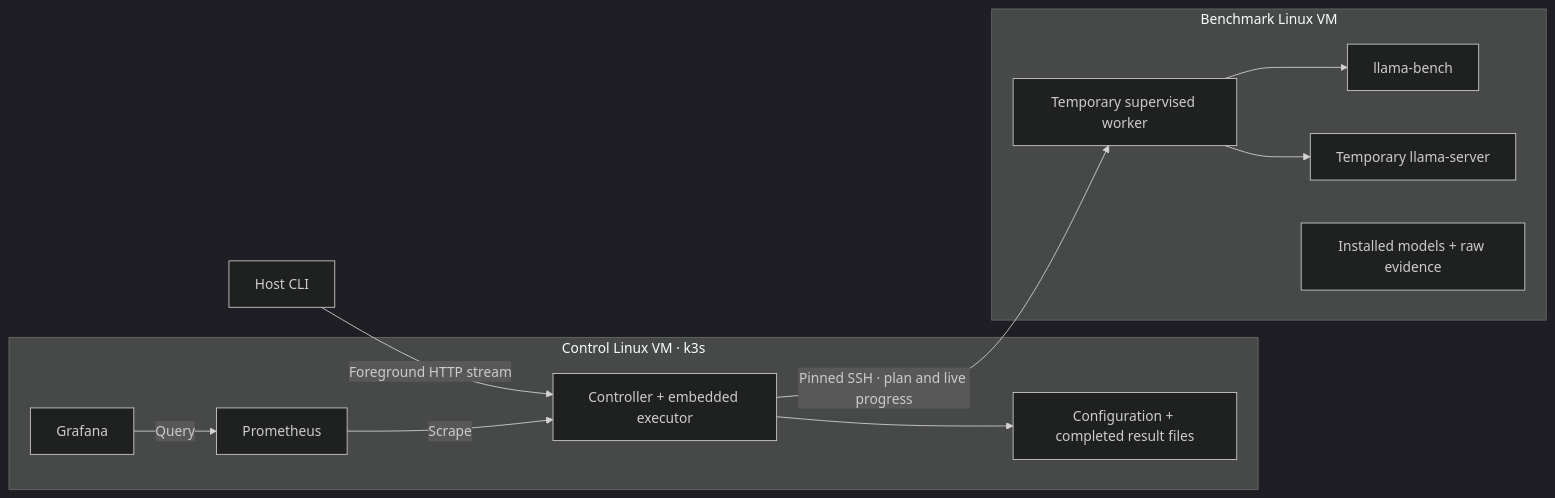
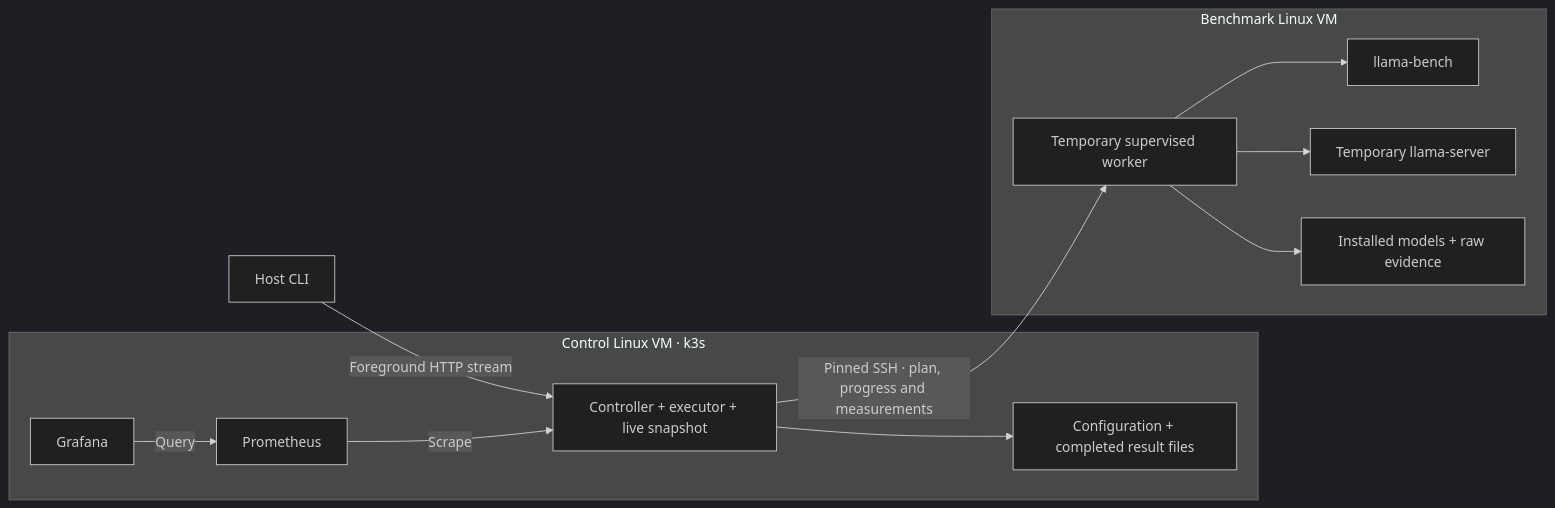
Before and after one commit to ashwat287/modelGauge: the diagram in README.md, drawn with Mermaid (dark theme). The commit also changed other lines of this file and 40 other files, not shown here.

````diff
--- a/README.md
+++ b/README.md
@@ -152,15 +225,15 @@
 ```mermaid
 flowchart LR
   CLI[Host CLI] -->|Foreground HTTP stream| C
   subgraph Control[Control Linux VM · k3s]
-    C[Controller + embedded executor] --> F[Configuration + completed result files]
+    C[Controller + executor + live snapshot] --> F[Configuration + completed result files]
     P[Prometheus] -->|Scrape| C
     G[Grafana] -->|Query| P
   end
-  C -->|Pinned SSH · plan and live progress| W
+  C -->|Pinned SSH · plan, progress and measurements| W
   subgraph Node[Benchmark Linux VM]
     W[Temporary supervised worker] --> B[llama-bench]
     W --> S[Temporary llama-server]
-    E[Installed models + raw evidence]
+    W --> E[Installed models + raw evidence]
   end
 ```
````
